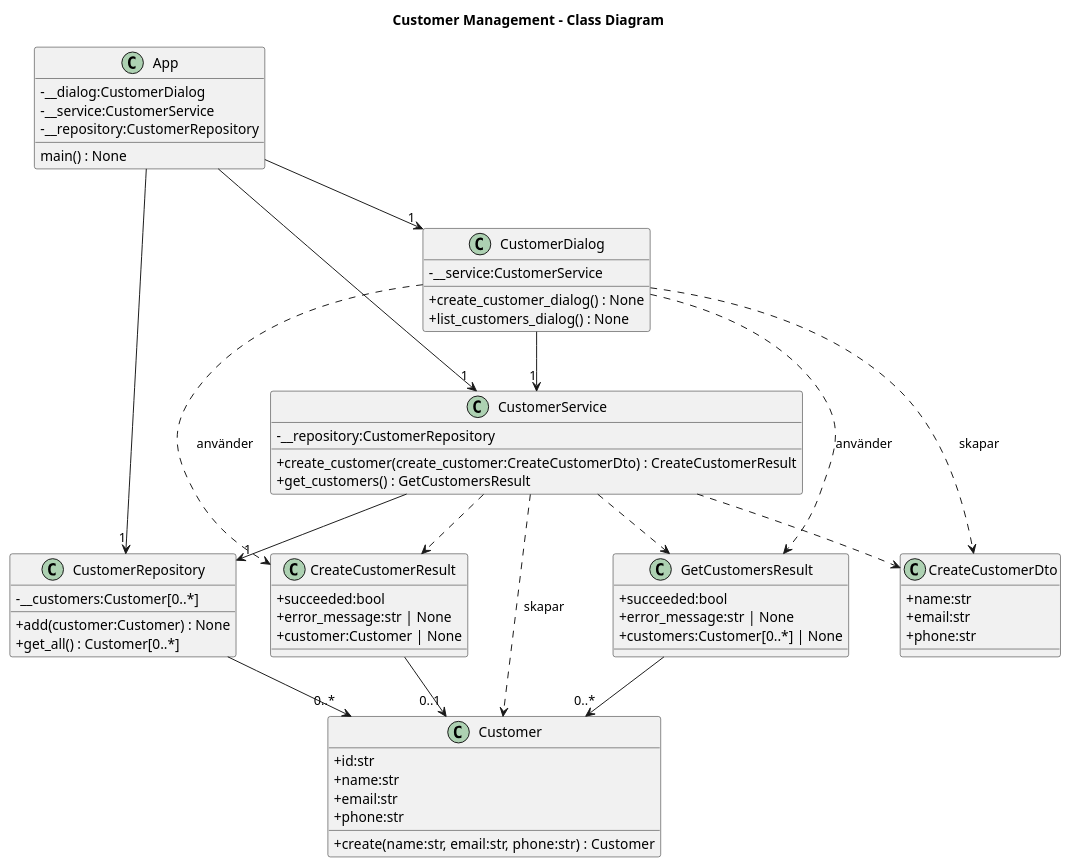
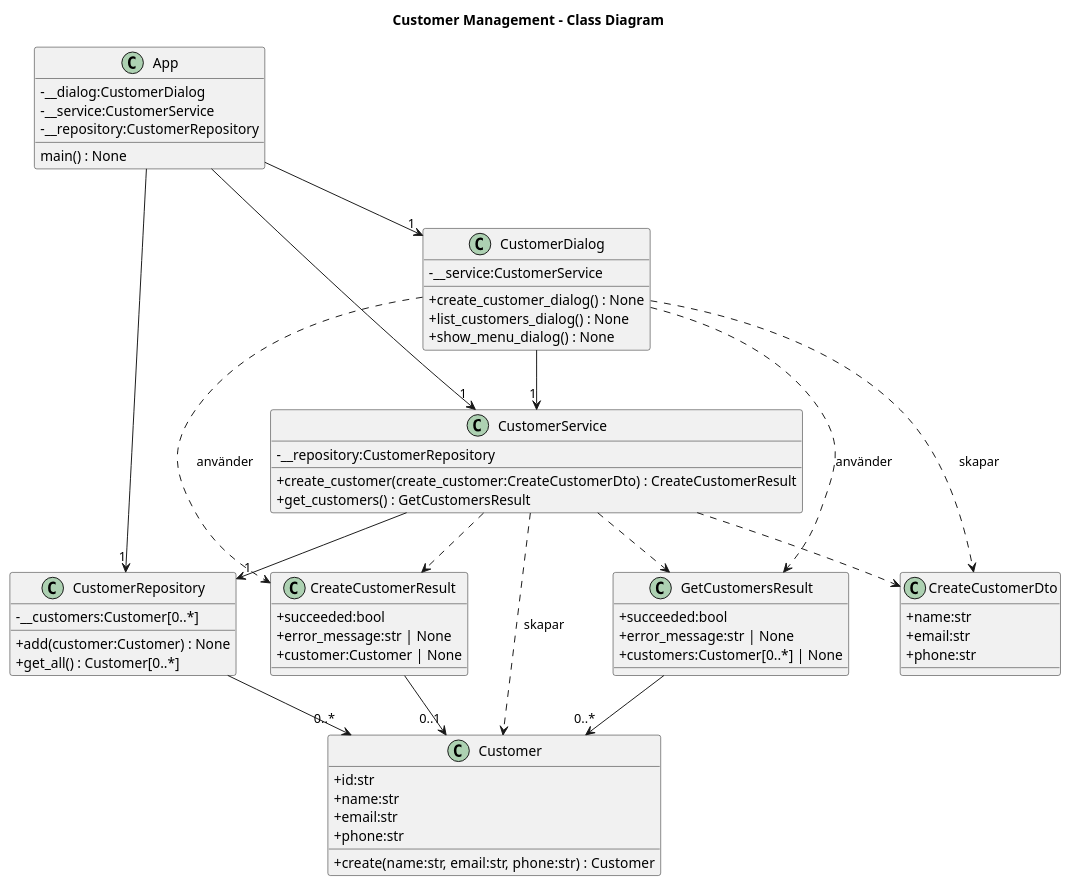
Before and after one commit to Aniko-gh/oop-for-testdevelopers: the diagram in lecture-8/customer-management-app/diagrams/class-diagram.puml, drawn with PlantUML. The commit also changed 5 other files, not shown here.

```diff
--- a/lecture-8/customer-management-app/diagrams/class-diagram.puml
+++ b/lecture-8/customer-management-app/diagrams/class-diagram.puml
@@ -1,79 +1,80 @@
 @startuml classdiagram
 
 skinparam classAttributeIconSize 0
 title Customer Management - Class Diagram
 
 class Customer {
     + id:str
     + name:str
     + email:str
     + phone:str
 
     + create(name:str, email:str, phone:str) : Customer
 }
 
 class CreateCustomerDto {
     + name:str
     + email:str
     + phone:str  
 }
 
 class CreateCustomerResult {
     + succeeded:bool
     + error_message:str | None
     + customer:Customer | None
 }
 
 class GetCustomersResult {
     + succeeded:bool
     + error_message:str | None
     + customers:Customer[0..*] | None
 }
 
 class CustomerRepository {
     - __customers:Customer[0..*]
     + add(customer:Customer) : None
     + get_all() : Customer[0..*]
 }
 
 class CustomerService {
     - __repository:CustomerRepository
     + create_customer(create_customer:CreateCustomerDto) : CreateCustomerResult
     + get_customers() : GetCustomersResult
 
 }
 
 class CustomerDialog {
     - __service:CustomerService
     + create_customer_dialog() : None
     + list_customers_dialog() : None
+    + show_menu_dialog() : None
 }
 
 class App {
     - __dialog:CustomerDialog
     - __service:CustomerService
     - __repository:CustomerRepository
     main() : None
 }
 
 App --> "1" CustomerDialog
 App --> "1" CustomerService
 App --> "1" CustomerRepository
 
 CustomerDialog --> "1" CustomerService
 CustomerDialog ..> CreateCustomerDto : skapar
 CustomerDialog ..> CreateCustomerResult : använder
 CustomerDialog ..> GetCustomersResult : använder
 
 CustomerService --> "1" CustomerRepository
 CustomerService ..> CreateCustomerDto
 CustomerService ..> CreateCustomerResult
 CustomerService ..> GetCustomersResult
 CustomerService ..> Customer : skapar
 
 CustomerRepository --> "0..*" Customer
 
 CreateCustomerResult --> "0..1" Customer
 GetCustomersResult --> "0..*" Customer
 
 @enduml
```
